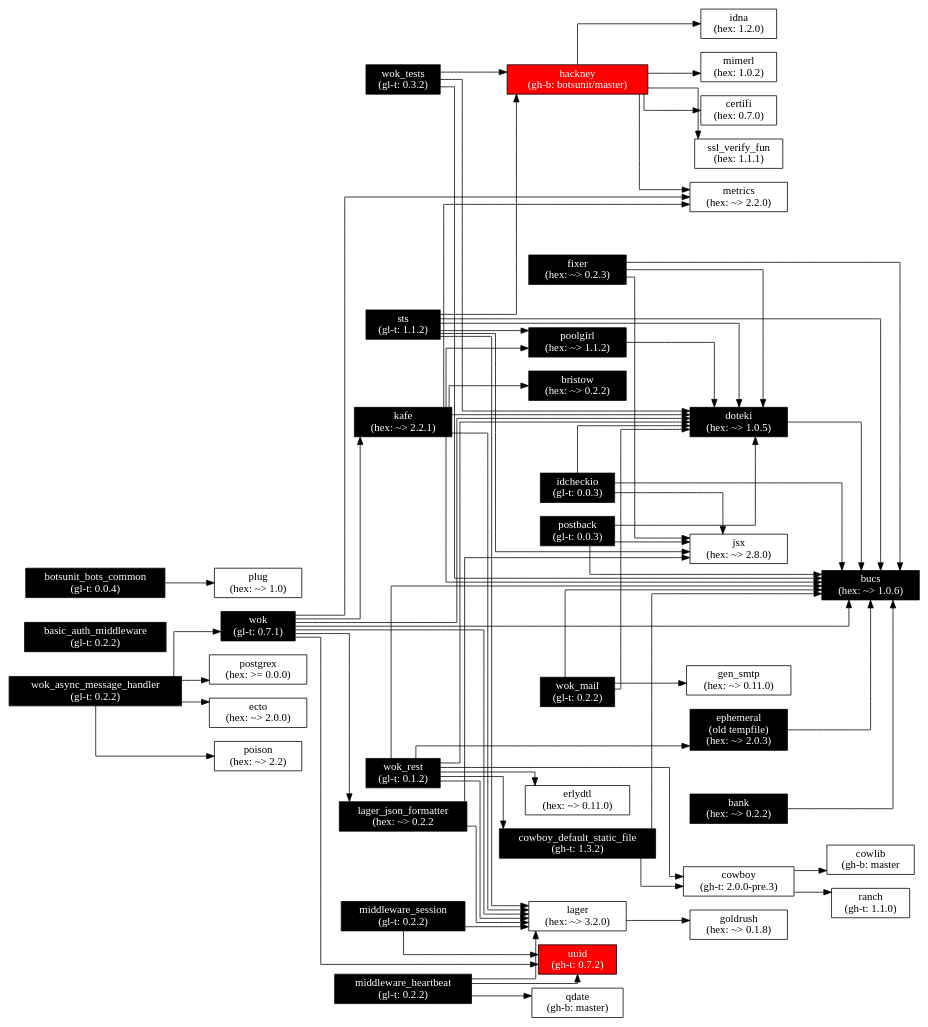
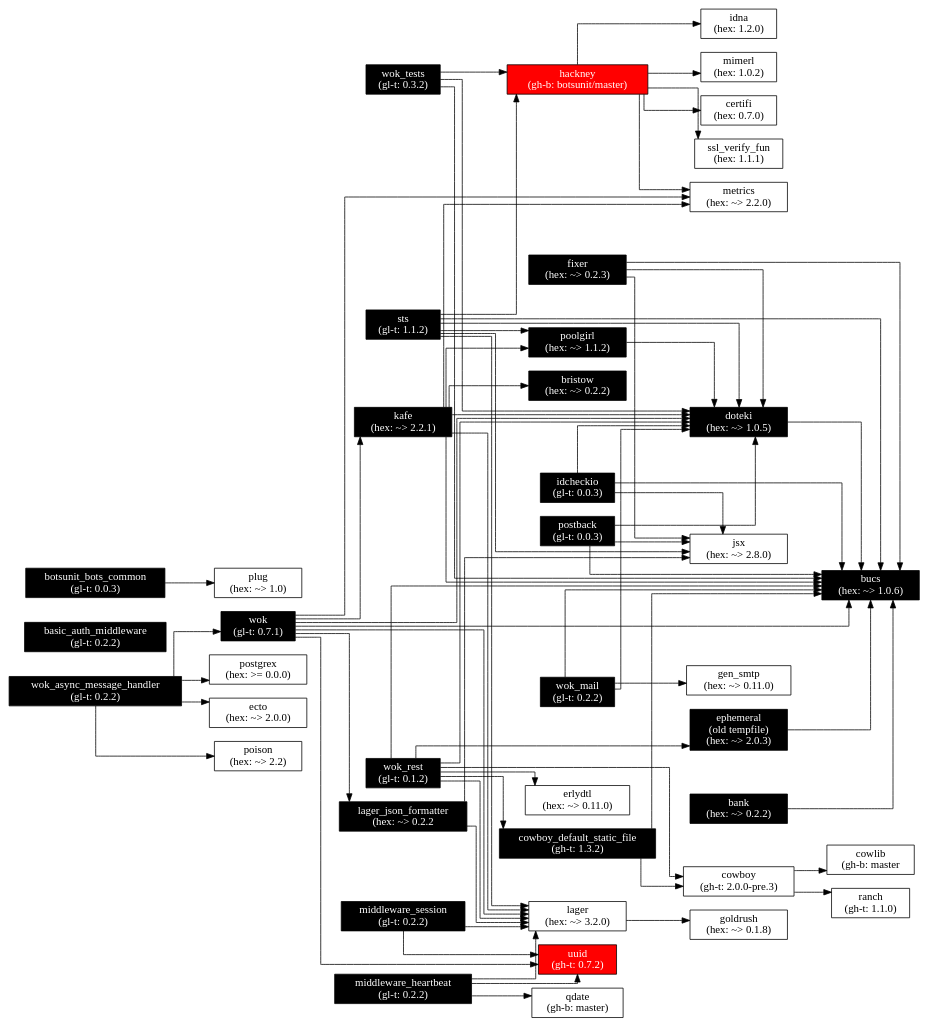
The diagram in images/wok.deps.gv (botsunit/wok), drawn with Graphviz before and after one commit. The commit also changed 2 other files, not shown here.

```diff
--- a/images/wok.deps.gv
+++ b/images/wok.deps.gv
@@ -115,7 +115,7 @@
             fontcolor="white",
             style="filled",
             fillcolor="black"];
-  botsunit_bots_common[label="botsunit_bots_common\n(gl-t: 0.0.4)",
+  botsunit_bots_common[label="botsunit_bots_common\n(gl-t: 0.0.3)",
                        fontcolor="white",
                        style="filled",
                        fillcolor="black"];
```
